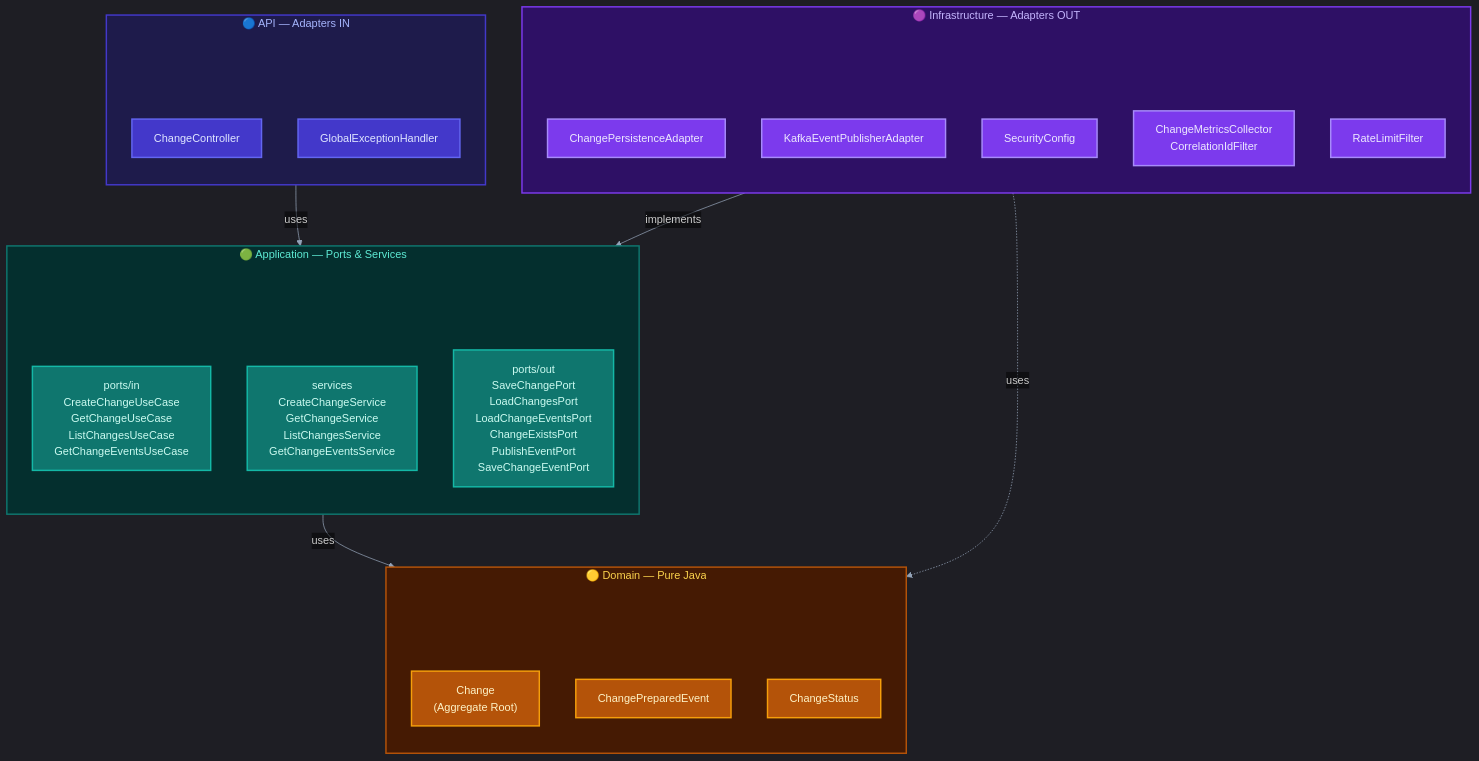
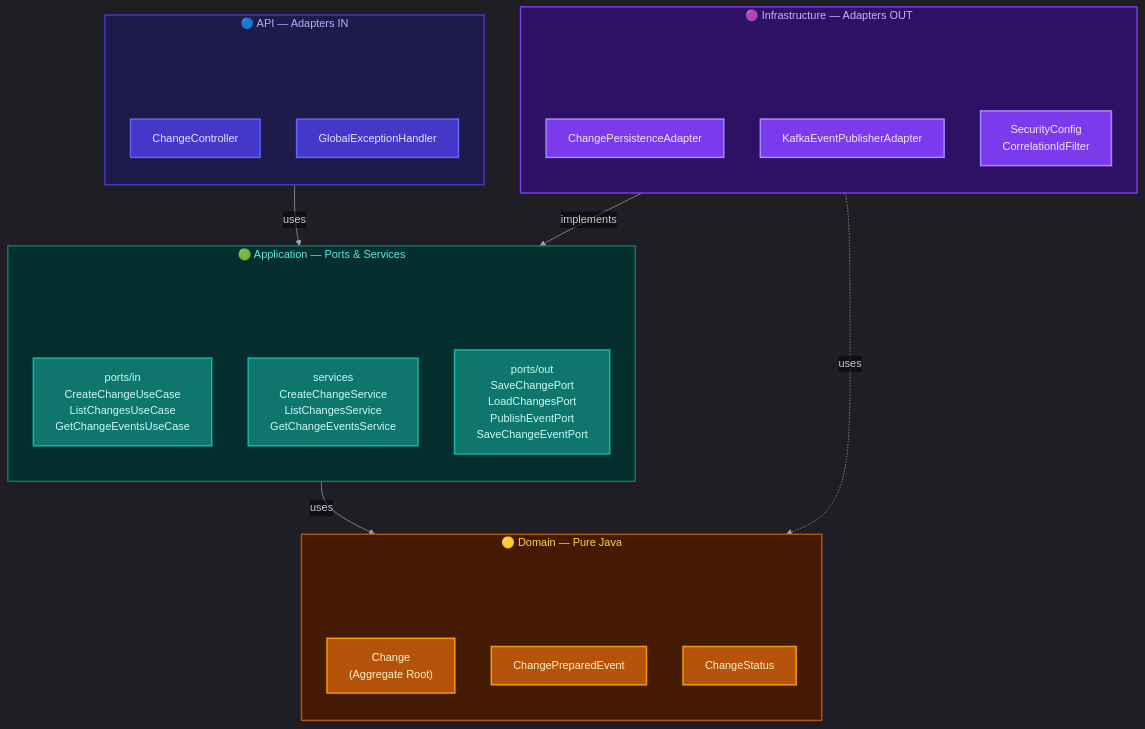
The second of 10 diagrams in docs/PROJETO_COMPLETO.md (claudecirmiranda/changeops), drawn with Mermaid before and after one commit. The commit also changed other lines of this file and 6 other files, not shown here.

````diff
--- a/docs/PROJETO_COMPLETO.md
+++ b/docs/PROJETO_COMPLETO.md
@@ -146,66 +145,64 @@
 ```mermaid
 %%{init: {'theme':'dark', 'themeVariables':{'fontSize':'15px','lineColor':'#94A3B8','edgeLabelBackground':'transparent'}}}%%
 flowchart TB
     subgraph API["🔵 API — Adapters IN"]
         direction TB
         api_sp[ ]:::hidden
         api_sp ~~~ CTRL
         api_sp ~~~ EXC
         CTRL["ChangeController"]
         EXC["GlobalExceptionHandler"]
     end
     subgraph APP["🟢 Application — Ports & Services"]
         direction TB
         app_sp[ ]:::hidden
         app_sp ~~~ UC_IN
         app_sp ~~~ SVC
         app_sp ~~~ UC_OUT
-        UC_IN["ports/in<br/>CreateChangeUseCase<br/>GetChangeUseCase<br/>ListChangesUseCase<br/>GetChangeEventsUseCase"]
-        SVC["services<br/>CreateChangeService<br/>GetChangeService<br/>ListChangesService<br/>GetChangeEventsService"]
-        UC_OUT["ports/out<br/>SaveChangePort<br/>LoadChangesPort<br/>LoadChangeEventsPort<br/>ChangeExistsPort<br/>PublishEventPort<br/>SaveChangeEventPort"]
+        UC_IN["ports/in<br/>CreateChangeUseCase<br/>ListChangesUseCase<br/>GetChangeEventsUseCase"]
+        SVC["services<br/>CreateChangeService<br/>ListChangesService<br/>GetChangeEventsService"]
+        UC_OUT["ports/out<br/>SaveChangePort<br/>LoadChangesPort<br/>PublishEventPort<br/>SaveChangeEventPort"]
     end
     subgraph DOM["🟡 Domain — Pure Java"]
         direction TB
         dom_sp[ ]:::hidden
         dom_sp ~~~ AGG
         dom_sp ~~~ EVT
         dom_sp ~~~ VO
         AGG["Change<br/>(Aggregate Root)"]
         EVT["ChangePreparedEvent"]
         VO["ChangeStatus"]
     end
     subgraph INFRA["🟣 Infrastructure — Adapters OUT"]
         direction TB
         infra_sp[ ]:::hidden
         infra_sp ~~~ JPA
         infra_sp ~~~ KAFKA
         infra_sp ~~~ SEC
         JPA["ChangePersistenceAdapter"]
         KAFKA["KafkaEventPublisherAdapter"]
-        OBS["ChangeMetricsCollector<br/>CorrelationIdFilter"]
-        RL["RateLimitFilter"]
-        SEC["SecurityConfig"]
+        SEC["SecurityConfig<br/>CorrelationIdFilter"]
     end
 
     API -->|uses| APP
     APP -->|uses| DOM
     INFRA -->|implements| APP
     INFRA -.->|uses| DOM
 
     classDef api fill:#4338CA,stroke:#6366F1,color:#E0E7FF,stroke-width:2px
     classDef app fill:#0F766E,stroke:#14B8A6,color:#CCFBF1,stroke-width:2px
     classDef domain fill:#B45309,stroke:#F59E0B,color:#FEF3C7,stroke-width:2px
     classDef infra fill:#7C3AED,stroke:#A78BFA,color:#EDE9FE,stroke-width:2px
     classDef hidden fill:transparent,stroke:none,color:transparent,stroke-width:0px
 
     class CTRL,EXC api
     class UC_IN,SVC,UC_OUT app
     class AGG,EVT,VO domain
-    class JPA,KAFKA,OBS,RL,SEC infra
+    class JPA,KAFKA,SEC infra
     class api_sp,app_sp,dom_sp,infra_sp hidden
 
     style API fill:#1E1B4B,stroke:#4338CA,stroke-width:2px,color:#A5B4FC
     style APP fill:#042F2E,stroke:#0F766E,stroke-width:2px,color:#5EEAD4
     style DOM fill:#451A03,stroke:#B45309,stroke-width:2px,color:#FCD34D
     style INFRA fill:#2E1065,stroke:#7C3AED,stroke-width:2px,color:#C4B5FD
 ```
````
